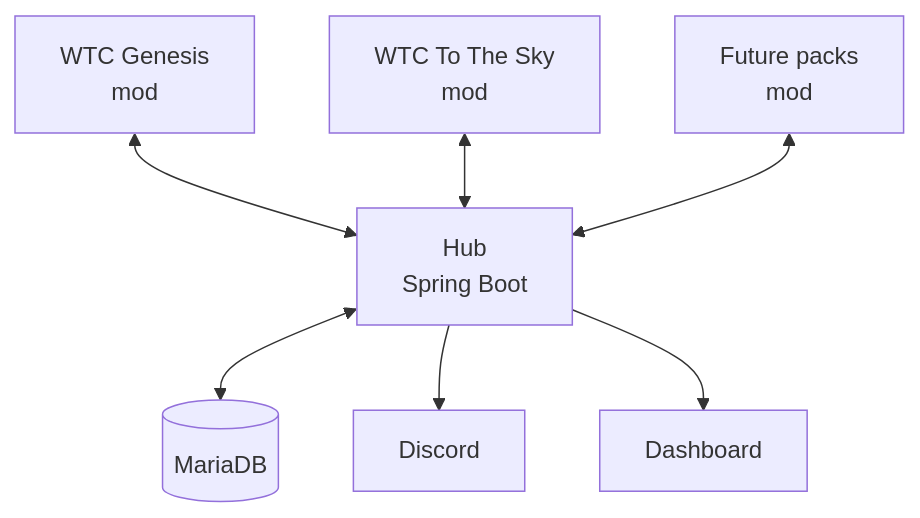
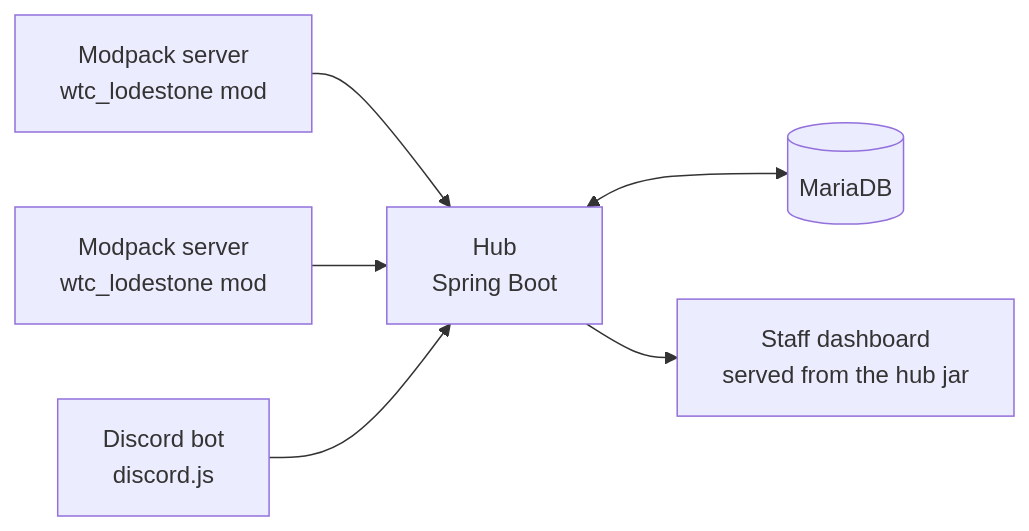
Before and after one commit to Falphir/WTC_Lodestone: the diagram in README.md, drawn with Mermaid. The commit also changed other lines of this file, not shown here.

````diff
--- a/README.md
+++ b/README.md
@@ -11,9 +20,8 @@
 ```mermaid
-flowchart TD
-    G[WTC Genesis<br/>mod] <--> H[Hub<br/>Spring Boot]
-    S[WTC To The Sky<br/>mod] <--> H
-    F[Future packs<br/>mod] <--> H
+flowchart LR
+    S1[Modpack server<br/>wtc_lodestone mod] --> H
+    S2[Modpack server<br/>wtc_lodestone mod] --> H
+    B[Discord bot<br/>discord.js] --> H[Hub<br/>Spring Boot]
     H <--> DB[(MariaDB)]
-    H --> DC[Discord]
-    H --> D[Dashboard]
+    H --> D[Staff dashboard<br/>served from the hub jar]
 ```
````
